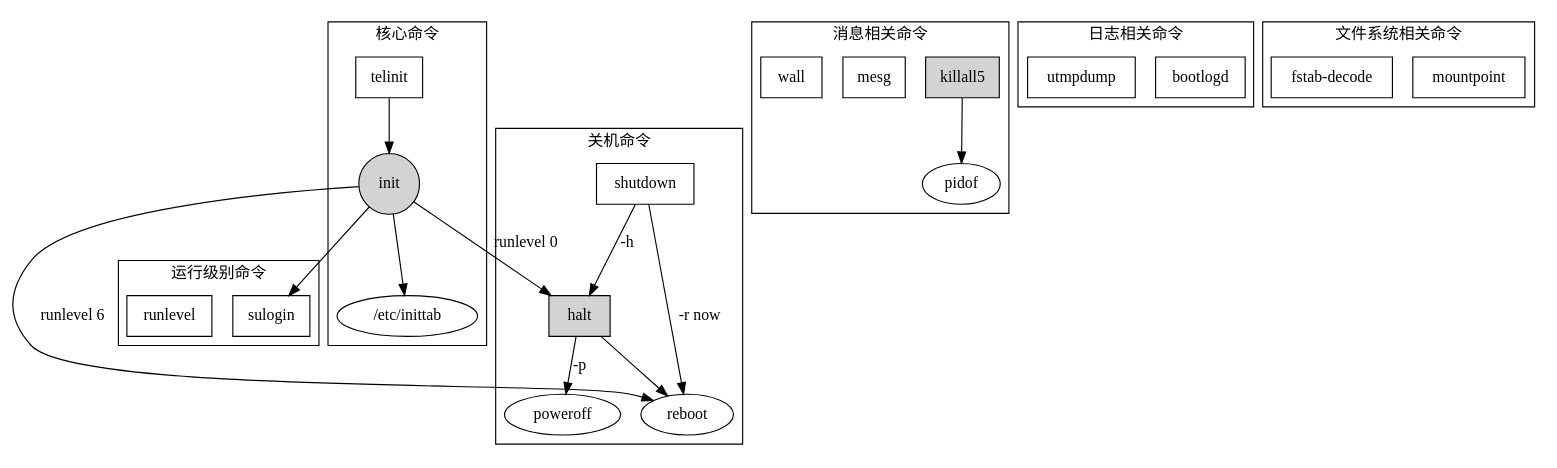
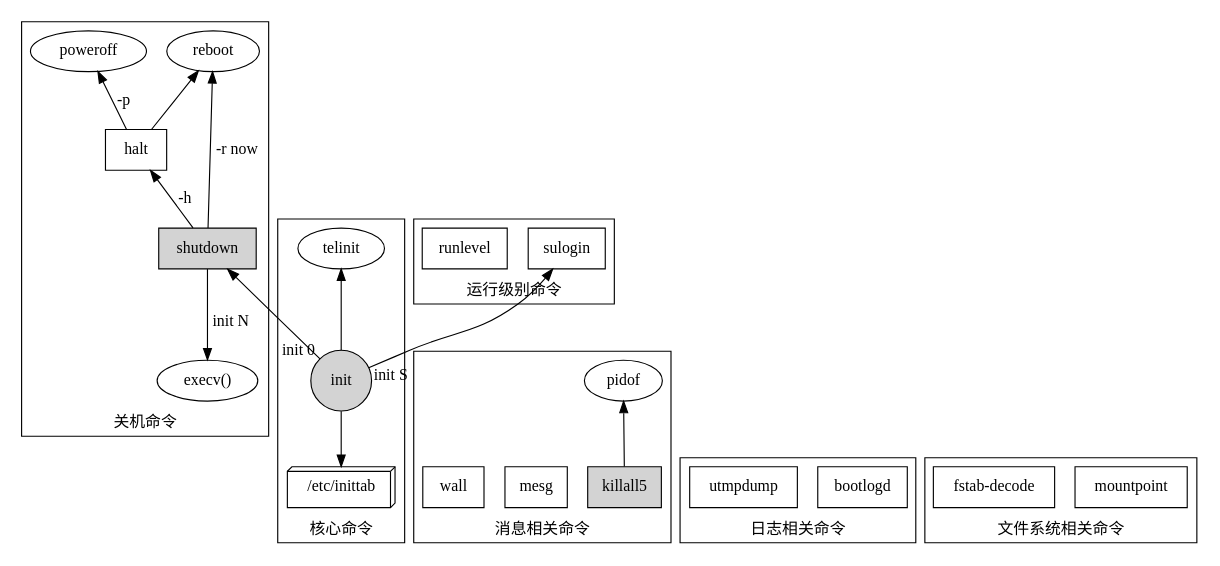
One commit to limingth/sysvinit changed the diagram in pdf/figures/sys.dot. Above: the diagram before and after it, drawn with Graphviz. The commit also changed 23 other files, not shown here.

```diff
--- a/pdf/figures/sys.dot
+++ b/pdf/figures/sys.dot
@@ -1,69 +1,74 @@
 digraph G
 {
-	rankdir = TB;
+	//rankdir = TB;
+	rankdir=BT;
 	//size = "7 7";
 	//layout = circo;
 	//layout = fdp;
 	ordering = in;
 
 	compound = true;
-	subgraph cluster_0
+
+	subgraph cluster0
 	{
 		label = "关机命令";
+		rankdir=BT;
 
-		"halt" [shape="rect" style="filled"];
+		"execv()" -> "shutdown" [label="init N" style=filled dir=back];
+
+		"shutdown" [shape="box" style="filled"];
+		"halt" [shape="box"];
 		"halt" ->  "poweroff" [label="-p"];
 		"halt" ->  "reboot" [label=""];
 
 		"shutdown" [shape="rect"];
 		"shutdown" -> "halt" [label="-h"];
 		"shutdown" -> "reboot" [label="-r now"];
 	}
 
 	subgraph cluster1
 	{
 		label = "核心命令";
 		//style = "filled";
 
-		"telinit" [shape="rect"];
-		"telinit" -> "init";
+		"/etc/inittab" -> "init" [dir=back];
 
 		"init" [shape="circle" style="filled"];
-		"init" -> "/etc/inittab";
-		"init" -> "halt" [label="runlevel 0"];
-		"init" -> "reboot" [label="runlevel 6"];
+		"/etc/inittab" [shape=box3d];
+		"init" -> "shutdown" [taillabel="init 0"];
+	//	"init" -> "reboot" [label="init 6" tailport=nw headport=se];
+		"init" -> "telinit";
 	}
 
 	subgraph cluster2
 	{
 		label = "运行级别命令";
-		"init" -> "sulogin" [lable="runlevel S/s"];
+		"init" -> "sulogin" [taillabel="init S"];
 		"sulogin" [shape="rect"];
 		"runlevel" [shape="rect"];
 	}
 
 	subgraph cluster3
 	{
 		label = "消息相关命令";
 		"killall5" [shape="rect" style="filled"];
 			"killall5" ->  "pidof" [label=""];
 
 		"mesg" [shape="rect"];
 		"wall" [shape="rect"];
 	}
 
 	subgraph cluster4
 	{
 		label = "日志相关命令";
 		"bootlogd" [shape="rect"];
 		"utmpdump" [shape="rect"];
 	}
 
 	subgraph cluster5
 	{
 		label = "文件系统相关命令";
 		"mountpoint" [shape="rect"];
 		"fstab-decode" [shape="rect"];
 	}
-
 }
```
